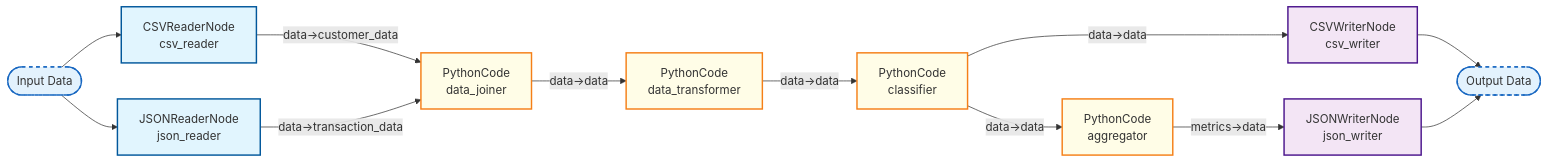
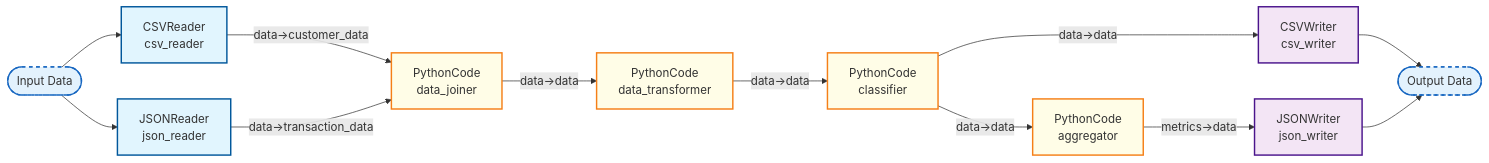
One commit to terrene-foundation/kailash-py changed the diagram in data/custom_workflow.md. Above: the diagram before and after it, drawn with Mermaid. The commit also changed 29 other files, not shown here.

````diff
--- a/data/custom_workflow.md
+++ b/data/custom_workflow.md
@@ -3,48 +3,48 @@
 ```mermaid
 flowchart LR
 
     %% Input Data
     input_data([Input Data])
 
     %% Data Input nodes
-    csv_reader["CSVReaderNode<br/>csv_reader"]
-    json_reader["JSONReaderNode<br/>json_reader"]
+    csv_reader["CSVReader<br/>csv_reader"]
+    json_reader["JSONReader<br/>json_reader"]
 
     %% Processing nodes
     data_joiner["PythonCode<br/>data_joiner"]
     data_transformer["PythonCode<br/>data_transformer"]
     classifier["PythonCode<br/>classifier"]
     aggregator["PythonCode<br/>aggregator"]
 
     %% Data Output nodes
-    csv_writer["CSVWriterNode<br/>csv_writer"]
-    json_writer["JSONWriterNode<br/>json_writer"]
+    csv_writer["CSVWriter<br/>csv_writer"]
+    json_writer["JSONWriter<br/>json_writer"]
 
     %% Output Data
     output_data([Output Data])
 
     %% Flow
     input_data --> csv_reader
     input_data --> json_reader
     csv_reader -->|data→customer_data| data_joiner
     json_reader -->|data→transaction_data| data_joiner
     data_joiner -->|data→data| data_transformer
     data_transformer -->|data→data| classifier
     classifier -->|data→data| aggregator
     classifier -->|data→data| csv_writer
     aggregator -->|metrics→data| json_writer
     csv_writer --> output_data
     json_writer --> output_data
 
     %% Styling
     style input_data fill:#e3f2fd,stroke:#1565c0,stroke-width:2px,stroke-dasharray: 5 5
     style output_data fill:#e3f2fd,stroke:#1565c0,stroke-width:2px,stroke-dasharray: 5 5
     style csv_reader fill:#e1f5fe,stroke:#01579b,stroke-width:2px
     style json_reader fill:#e1f5fe,stroke:#01579b,stroke-width:2px
     style data_joiner fill:#fffde7,stroke:#f57f17,stroke-width:2px
     style data_transformer fill:#fffde7,stroke:#f57f17,stroke-width:2px
     style classifier fill:#fffde7,stroke:#f57f17,stroke-width:2px
     style aggregator fill:#fffde7,stroke:#f57f17,stroke-width:2px
     style csv_writer fill:#f3e5f5,stroke:#4a148c,stroke-width:2px
     style json_writer fill:#f3e5f5,stroke:#4a148c,stroke-width:2px
 ```
````
